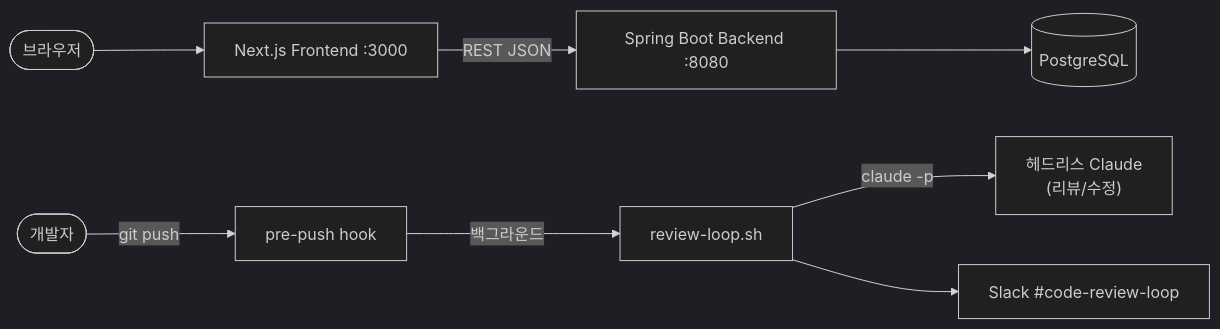
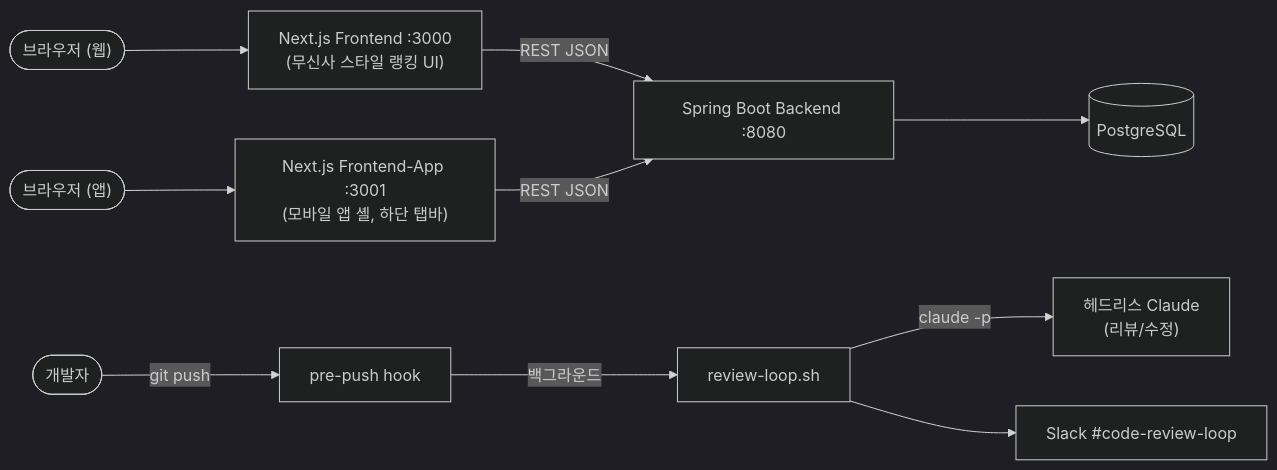
Before and after one commit to rlaalsdn0421/shop: the first of 6 diagrams in README.md, drawn with Mermaid (dark theme). The commit also changed other lines of this file, not shown here.

````diff
--- a/README.md
+++ b/README.md
@@ -25,11 +29,13 @@
 ```mermaid
 graph LR
-  User(["브라우저"]) --> FE["Next.js Frontend :3000"]
+  UserWeb(["브라우저 (웹)"]) --> FE["Next.js Frontend :3000<br/>(무신사 스타일 랭킹 UI)"]
+  UserApp(["브라우저 (앱)"]) --> APP["Next.js Frontend-App :3001<br/>(모바일 앱 셸, 하단 탭바)"]
   FE -- "REST JSON" --> BE["Spring Boot Backend :8080"]
+  APP -- "REST JSON" --> BE
   BE --> DB[("PostgreSQL")]
 
   Dev(["개발자"]) -- "git push" --> Hook["pre-push hook"]
   Hook -->|"백그라운드"| Loop["review-loop.sh"]
   Loop -->|"claude -p"| Claude["헤드리스 Claude<br/>(리뷰/수정)"]
   Loop --> Slack["Slack #code-review-loop"]
 ```
````
